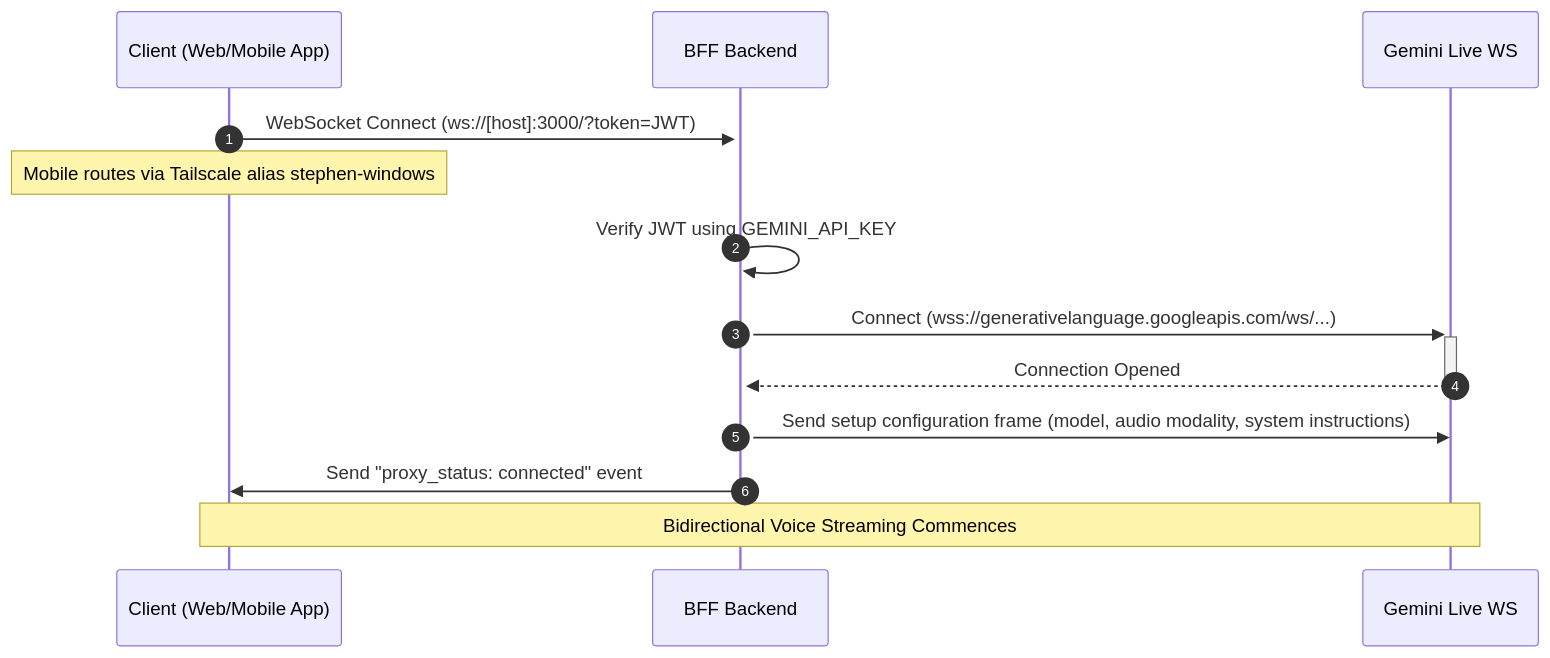
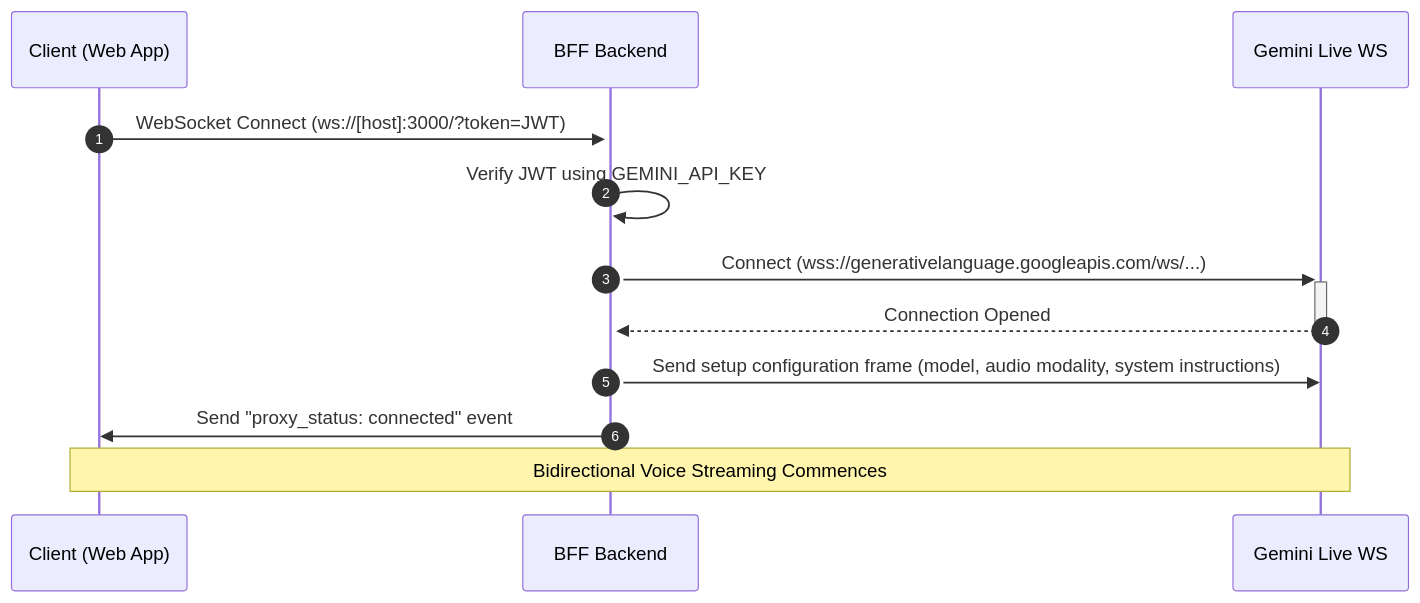
One commit to Stepheng753/AIU changed the third of 4 diagrams in docs/system/architecture.md. Above: the diagram before and after it, drawn with Mermaid. The commit also changed other lines of this file and 32 other files, not shown here.

````diff
--- a/docs/system/architecture.md
+++ b/docs/system/architecture.md
@@ -49,13 +49,12 @@
 ```mermaid
 sequenceDiagram
     autonumber
-    Client (Web/Mobile App)->>+BFF Backend: WebSocket Connect (ws://[host]:3000/?token=JWT)
-    Note over Client (Web/Mobile App): Mobile routes via Tailscale alias stephen-windows
+    Client (Web App)->>+BFF Backend: WebSocket Connect (ws://[host]:3000/?token=JWT)
     BFF Backend->>BFF Backend: Verify JWT using GEMINI_API_KEY
     BFF Backend->>+Gemini Live WS: Connect (wss://generativelanguage.googleapis.com/ws/...)
 
     Gemini Live WS-->>-BFF Backend: Connection Opened
     BFF Backend->>Gemini Live WS: Send setup configuration frame (model, audio modality, system instructions)
-    BFF Backend->>Client (Web/Mobile App): Send "proxy_status: connected" event
-    Note over Client (Web/Mobile App), Gemini Live WS: Bidirectional Voice Streaming Commences
+    BFF Backend->>Client (Web App): Send "proxy_status: connected" event
+    Note over Client (Web App), Gemini Live WS: Bidirectional Voice Streaming Commences
 ```
````
